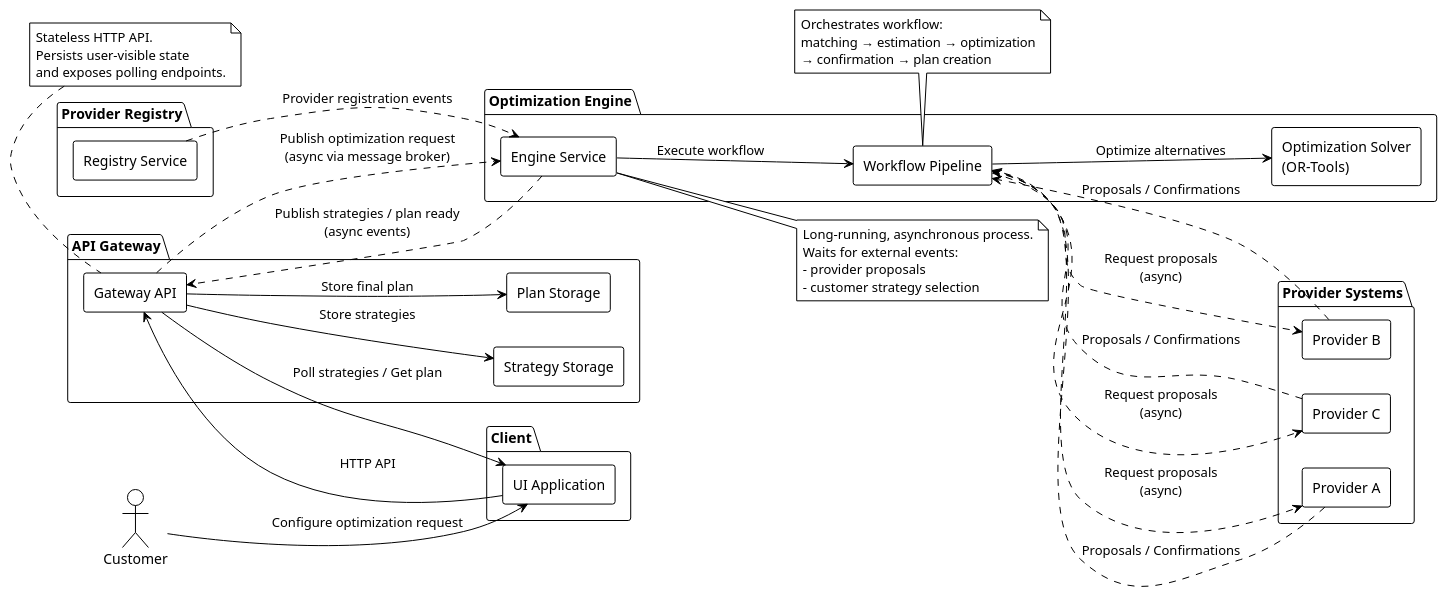
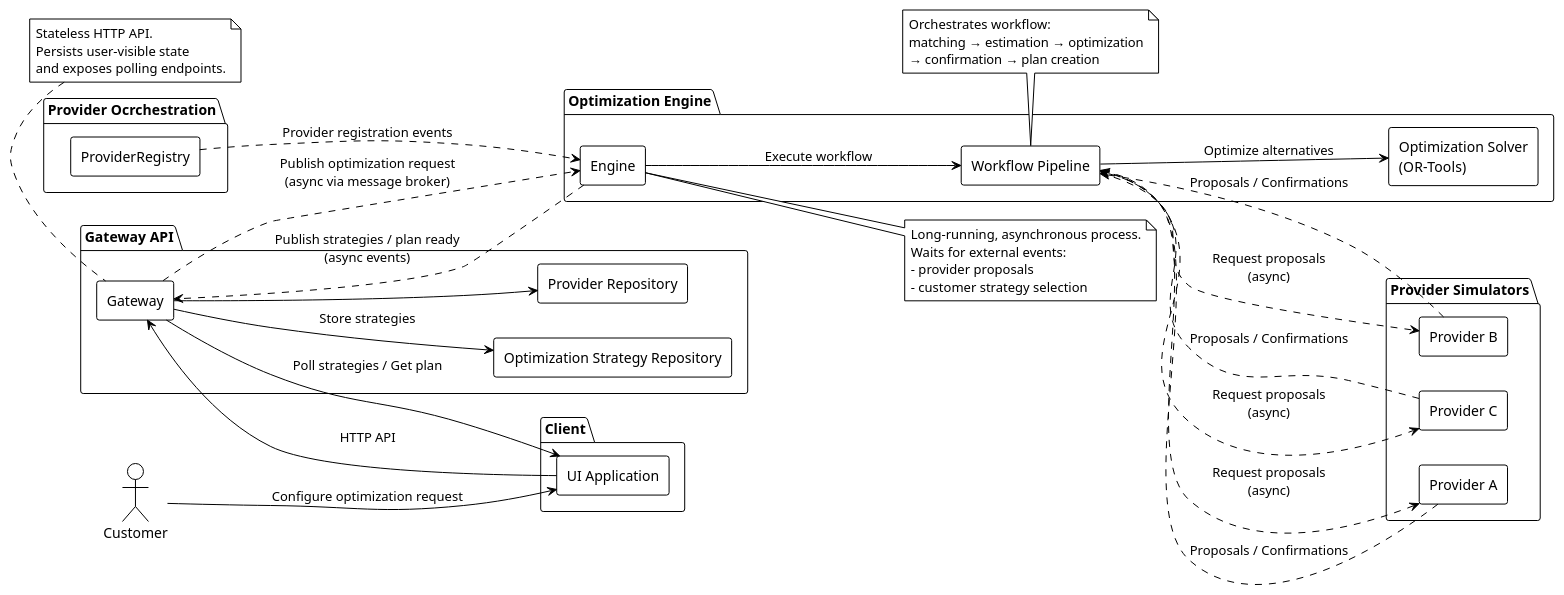
The diagram in docs/assets/optimization-pipeline/05-high-level.puml (aleksandr-papajanov/manufacturing-optimization-engine), drawn with PlantUML before and after one commit. The commit also changed 15 other files, not shown here.

Commit message:
Implement provider registration awaiting mechanism on startup

```diff
--- a/docs/assets/optimization-pipeline/05-high-level.puml
+++ b/docs/assets/optimization-pipeline/05-high-level.puml
@@ -1,83 +1,83 @@
 @startuml
 !theme plain
 skinparam componentStyle rectangle
 left to right direction
 skinparam linetype poly
 
 actor Customer
 
 package "Client" {
   [UI Application] as UI
 }
 
-package "API Gateway" {
-  [Gateway API] as Gateway
-  [Strategy Storage]
-  [Plan Storage]
+package "Gateway API" {
+  [Gateway] as Gateway
+  [Optimization Strategy Repository]
+  [Provider Repository]
 }
 
 package "Optimization Engine" {
-  [Engine Service] as Engine
+  [Engine] as Engine
   [Workflow Pipeline] as Pipeline
   [Optimization Solver\n(OR-Tools)]
 }
 
-package "Provider Systems" {
+package "Provider Simulators" {
   [Provider A]
   [Provider B]
   [Provider C]
 }
 
-package "Provider Registry" {
-  [Registry Service]
+package "Provider Ocrchestration" {
+  [ProviderRegistry]
 }
 
 ' Client interaction
 Customer --> UI : Configure optimization request
 UI --> Gateway : HTTP API
 Gateway --> UI : Poll strategies / Get plan
 
 ' Async communication (implicit broker)
 Gateway ..> Engine : Publish optimization request\n(async via message broker)
 Engine ..> Gateway : Publish strategies / plan ready\n(async events)
 
 ' Internal engine flow
 Engine --> Pipeline : Execute workflow
 Pipeline --> [Optimization Solver\n(OR-Tools)] : Optimize alternatives
 
 ' Providers
 Pipeline ..> [Provider A] : Request proposals\n(async)
 Pipeline ..> [Provider B] : Request proposals\n(async)
 Pipeline ..> [Provider C] : Request proposals\n(async)
 
 [Provider A] ..> Pipeline : Proposals / Confirmations
 [Provider B] ..> Pipeline : Proposals / Confirmations
 [Provider C] ..> Pipeline : Proposals / Confirmations
 
 ' Registry
-[Registry Service] ..> Engine : Provider registration events
+[ProviderRegistry] ..> Engine : Provider registration events
 
 ' Persistence
-Gateway --> [Strategy Storage] : Store strategies
-Gateway --> [Plan Storage] : Store final plan
+Gateway --> [Optimization Strategy Repository] : Store strategies
+Gateway --> [Provider Repository]
 
 note right of Engine
   Long-running, asynchronous process.
   Waits for external events:
   - provider proposals
   - customer strategy selection
 end note
 
 note bottom of Pipeline
   Orchestrates workflow:
   matching → estimation → optimization
   → confirmation → plan creation
 end note
 
 note top of Gateway
   Stateless HTTP API.
   Persists user-visible state
   and exposes polling endpoints.
 end note
 
 @enduml
```
